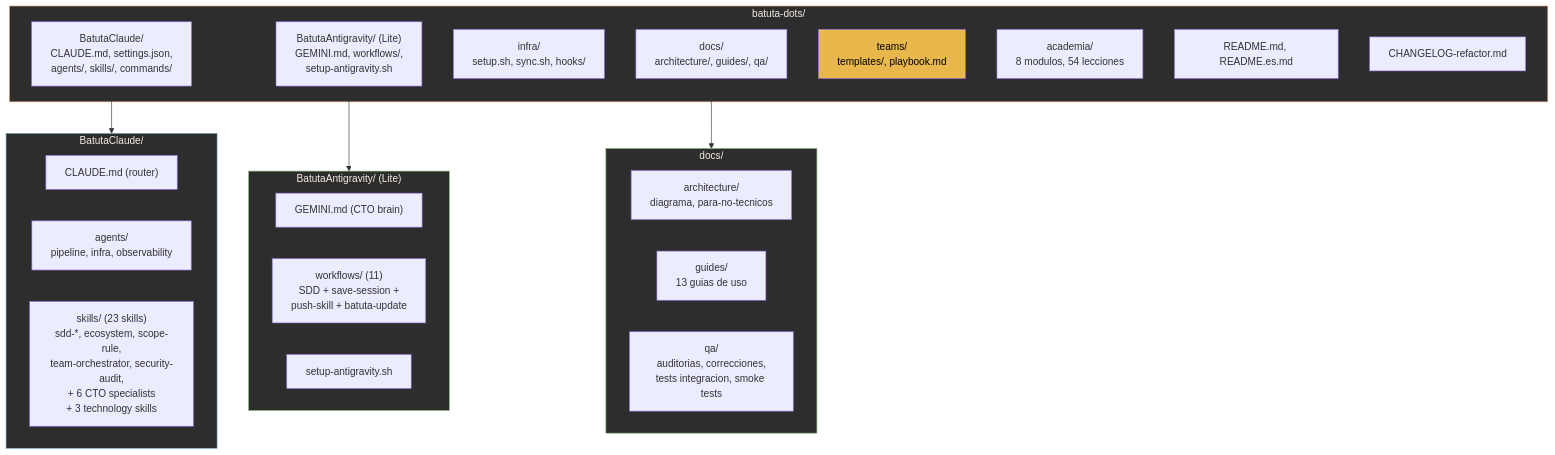
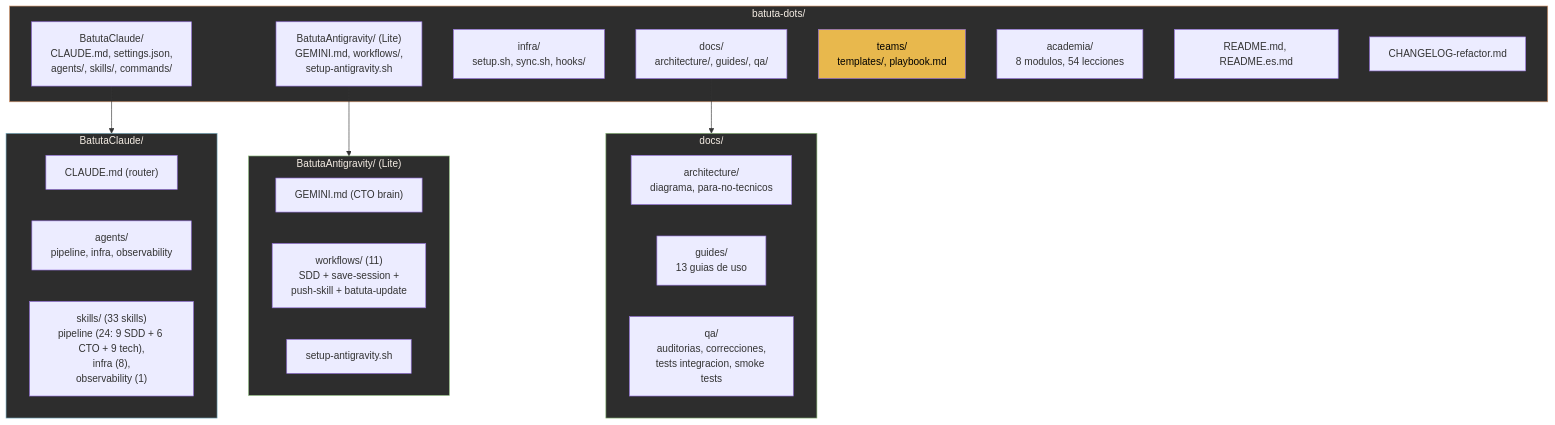
One commit to jota-batuta/batuta-dots changed diagram 23 of 23 in docs/architecture/arquitectura-diagrama.md. Above: the diagram before and after it, drawn with Mermaid. The commit also changed other lines of this file and 55 other files, not shown here.

First line of the commit message:
feat(skills): expand ecosystem to 33 skills, 5 MCPs, agentskills.io compliance (v12.2)

````diff
--- a/docs/architecture/arquitectura-diagrama.md
+++ b/docs/architecture/arquitectura-diagrama.md
@@ -846,41 +846,41 @@
 ```mermaid
 flowchart TD
     subgraph ROOT["batuta-dots/"]
         CLAUDE_DIR["BatutaClaude/<br/>CLAUDE.md, settings.json,<br/>agents/, skills/, commands/"]
         ANTIGRAVITY_DIR["BatutaAntigravity/ (Lite)<br/>GEMINI.md, workflows/,<br/>setup-antigravity.sh"]
         INFRA_DIR["infra/<br/>setup.sh, sync.sh, hooks/"]
         DOCS["docs/<br/>architecture/, guides/, qa/"]
         TEAMS["teams/<br/>templates/, playbook.md"]
         ACADEMIA["academia/<br/>8 modulos, 54 lecciones"]
         README["README.md, README.es.md"]
         CHANGELOG["CHANGELOG-refactor.md"]
     end
 
     subgraph CLAUDE_DETAIL["BatutaClaude/"]
         CLAUDE_MD["CLAUDE.md (router)"]
         AGENTS["agents/<br/>pipeline, infra, observability"]
-        SKILLS_22["skills/ (23 skills)<br/>sdd-*, ecosystem, scope-rule,<br/>team-orchestrator, security-audit,<br/>+ 6 CTO specialists<br/>+ 3 technology skills"]
+        SKILLS_33["skills/ (33 skills)<br/>pipeline (24: 9 SDD + 6 CTO + 9 tech),<br/>infra (8),<br/>observability (1)"]
     end
 
     subgraph ANTIGRAVITY_DETAIL["BatutaAntigravity/ (Lite)"]
         GEMINI_MD["GEMINI.md (CTO brain)"]
         WORKFLOWS["workflows/ (11)<br/>SDD + save-session +<br/>push-skill + batuta-update"]
         SETUP_AG["setup-antigravity.sh"]
     end
 
     subgraph DOCS_DETAIL["docs/"]
         ARCH["architecture/<br/>diagrama, para-no-tecnicos"]
         GUIDES["guides/<br/>13 guias de uso"]
         QA["qa/<br/>auditorias, correcciones,<br/>tests integracion, smoke tests"]
     end
 
     CLAUDE_DIR --> CLAUDE_DETAIL
     ANTIGRAVITY_DIR --> ANTIGRAVITY_DETAIL
     DOCS --> DOCS_DETAIL
 
     style ROOT fill:#2d2d2d,stroke:#D4956A,color:#F5EDE4
     style CLAUDE_DETAIL fill:#2d2d2d,stroke:#7AAFC4,color:#F5EDE4
     style ANTIGRAVITY_DETAIL fill:#2d2d2d,stroke:#8BB87A,color:#F5EDE4
     style DOCS_DETAIL fill:#2d2d2d,stroke:#8BB87A,color:#F5EDE4
     style TEAMS fill:#E8B84D,color:#000
 ```
````
